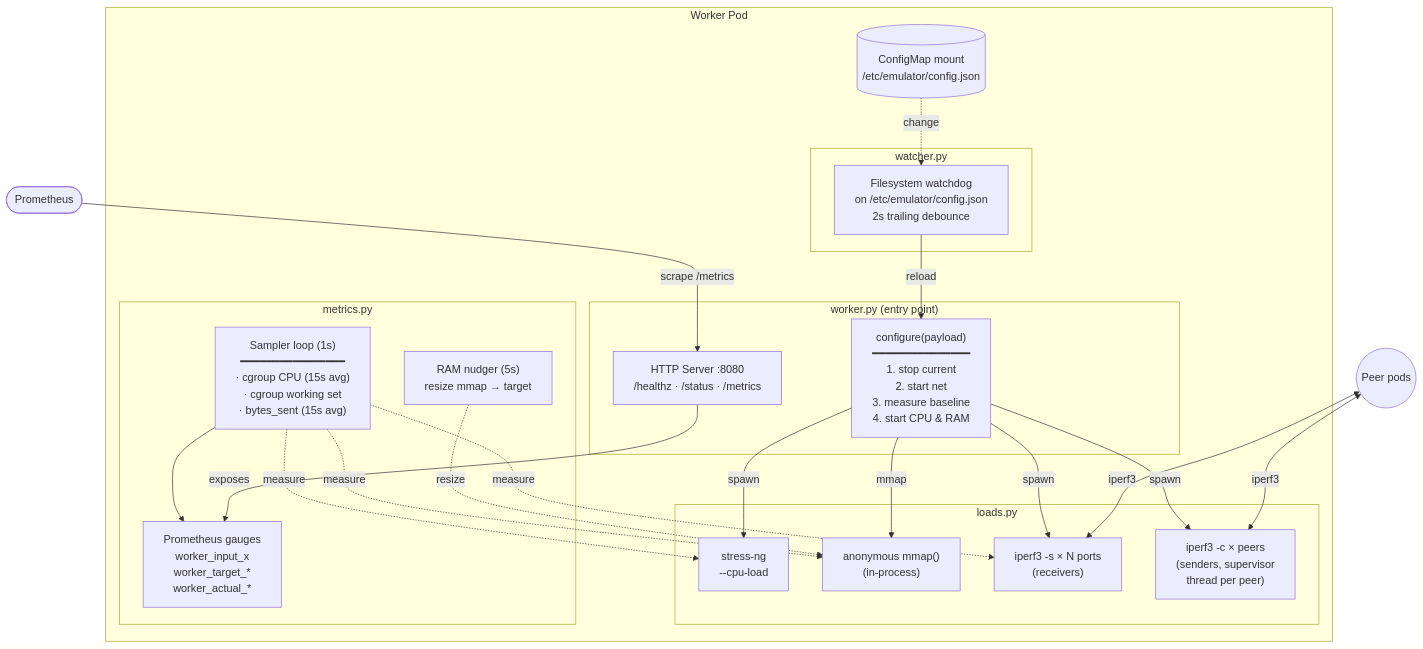
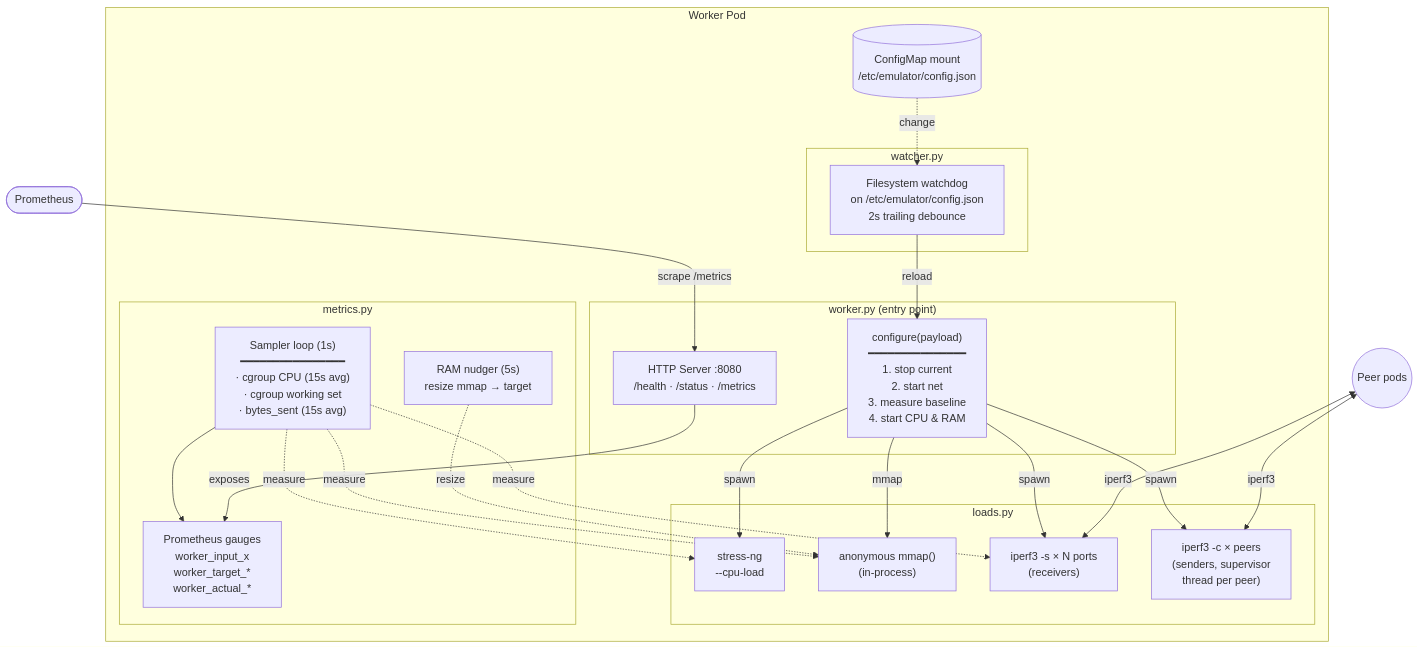
Before and after one commit to Jakub-Bojar/cloud-native-emulator: the third of 6 diagrams in ARCHITECTURE.md, drawn with Mermaid. The commit also changed other lines of this file and 20 other files, not shown here.

````diff
--- a/ARCHITECTURE.md
+++ b/ARCHITECTURE.md
@@ -234,45 +234,45 @@
 ```mermaid
 flowchart TB
     subgraph pod["Worker Pod"]
         subgraph entry["worker.py (entry point)"]
-            HTTP["HTTP Server :8080<br/>/healthz · /status · /metrics"]
+            HTTP["HTTP Server :8080<br/>/health · /status · /metrics"]
             Configure["configure(payload)<br/>━━━━━━━━━━━━━━━<br/>1. stop current<br/>2. start net<br/>3. measure baseline<br/>4. start CPU & RAM"]
         end
 
         subgraph loads["loads.py"]
             CPU["stress-ng<br/>--cpu-load"]
             RAM["anonymous mmap()<br/>(in-process)"]
             NetServer["iperf3 -s × N ports<br/>(receivers)"]
             NetClient["iperf3 -c × peers<br/>(senders, supervisor<br/>thread per peer)"]
         end
 
         subgraph metrics["metrics.py"]
             Sampler["Sampler loop (1s)<br/>━━━━━━━━━━━━━━━━<br/>· cgroup CPU (15s avg)<br/>· cgroup working set<br/>· bytes_sent (15s avg)"]
             Nudge["RAM nudger (5s)<br/>resize mmap → target"]
             Gauges["Prometheus gauges<br/>worker_input_x<br/>worker_target_*<br/>worker_actual_*"]
         end
 
         subgraph watch["watcher.py"]
             FSWatch["Filesystem watchdog<br/>on /etc/emulator/config.json<br/>2s trailing debounce"]
         end
 
         CM[("ConfigMap mount<br/>/etc/emulator/config.json")]
 
         CM -.->|change| FSWatch
         FSWatch -->|reload| Configure
         Configure -->|spawn| CPU
         Configure -->|mmap| RAM
         Configure -->|spawn| NetServer
         Configure -->|spawn| NetClient
         Sampler -.measure.-> CPU
         Sampler -.measure.-> RAM
         Sampler -.measure.-> NetServer
         Sampler --> Gauges
         Nudge -.resize.-> RAM
         HTTP -->|exposes| Gauges
     end
 
     Peers((Peer pods)) <-->|iperf3| NetClient
     Peers <-->|iperf3| NetServer
     Prom([Prometheus]) -->|scrape /metrics| HTTP
 ```
````
